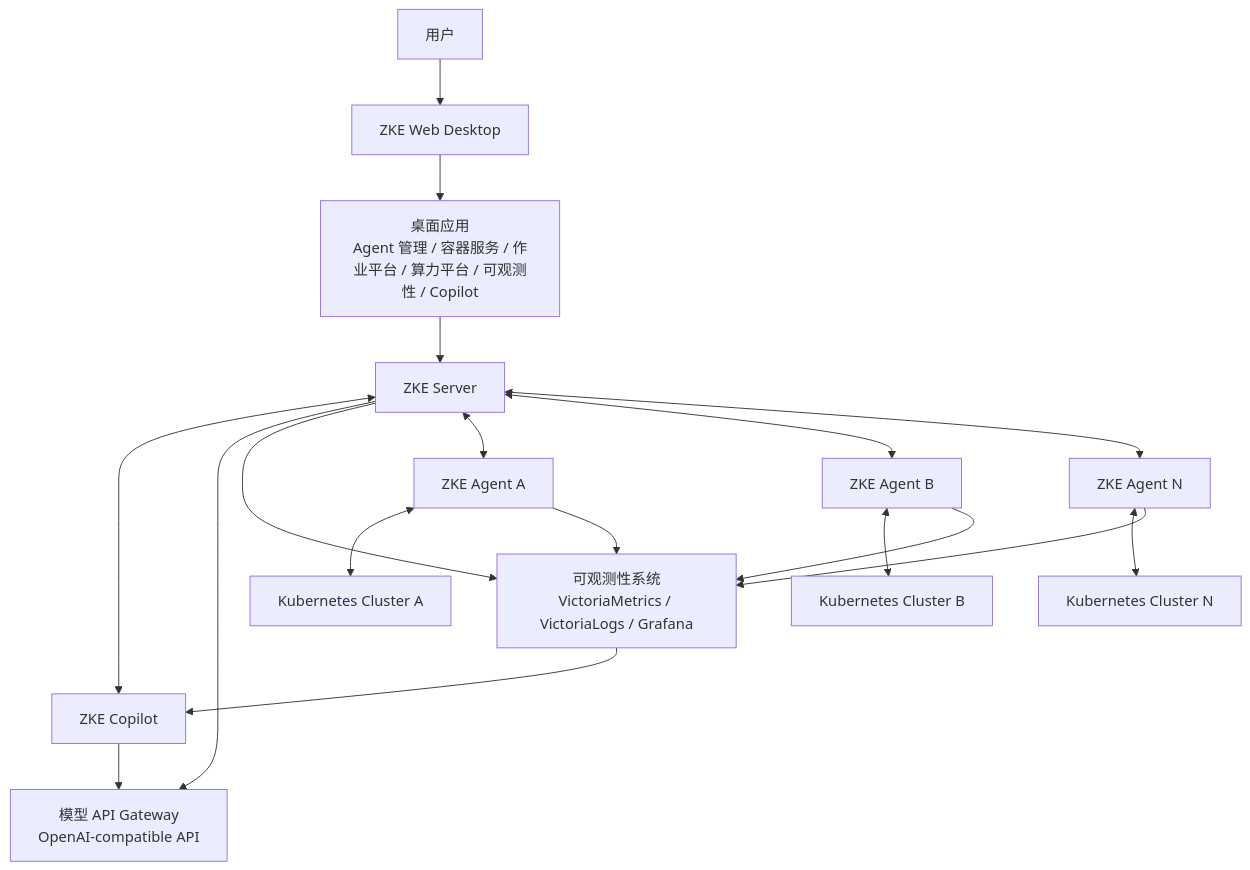
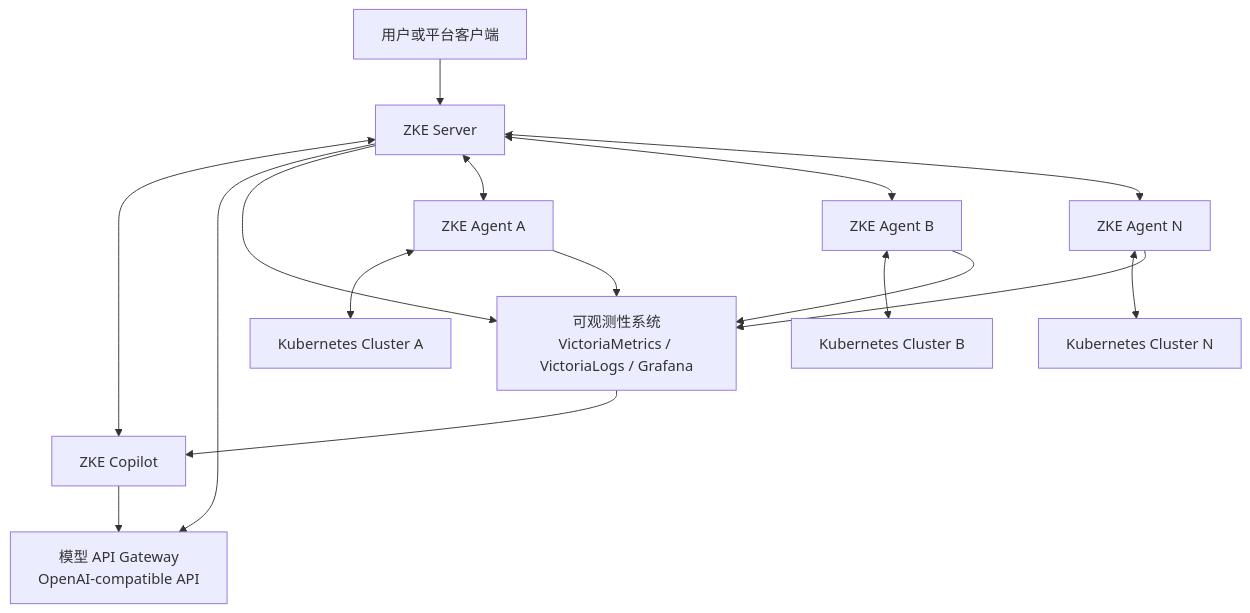
Before and after one commit to togettoyou/zke: the diagram in docs/architecture/overview.md, drawn with Mermaid. The commit also changed other lines of this file and 22 other files, not shown here.

Commit message:
refactor: remove web desktop implementation

````diff
--- a/docs/architecture/overview.md
+++ b/docs/architecture/overview.md
@@ -9,24 +10,22 @@
 ```mermaid
 flowchart TB
-    User["用户"] --> Desktop["ZKE Web Desktop"]
-    Desktop --> Apps["桌面应用<br/>Agent 管理 / 容器服务 / 作业平台 / 算力平台 / 可观测性 / Copilot"]
-    Apps --> Server["ZKE Server"]
+    Client["用户或平台客户端"] --> Server["ZKE Server"]
 
     Server <--> Copilot["ZKE Copilot"]
     Server --> Gateway["模型 API Gateway<br/>OpenAI-compatible API"]
     Copilot --> Gateway
     Server --> Observability["可观测性系统<br/>VictoriaMetrics / VictoriaLogs / Grafana"]
 
     Server <--> AgentA["ZKE Agent A"]
     Server <--> AgentB["ZKE Agent B"]
     Server <--> AgentN["ZKE Agent N"]
 
     AgentA <--> ClusterA["Kubernetes Cluster A"]
     AgentB <--> ClusterB["Kubernetes Cluster B"]
     AgentN <--> ClusterN["Kubernetes Cluster N"]
 
     AgentA --> Observability
     AgentB --> Observability
     AgentN --> Observability
     Observability --> Copilot
 ```
````
